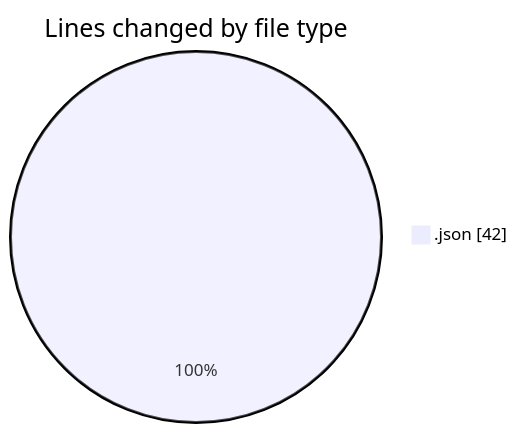
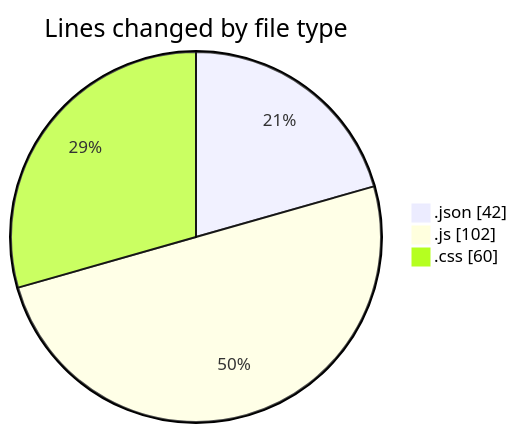
The first of 2 diagrams in 2025-09-16/quytuthien_vn/README.md (lephambinh05/code-tracking), drawn with Mermaid before and after one commit. The commit also changed other lines of this file and 1 other file, not shown here.

````diff
--- a/2025-09-16/quytuthien_vn/README.md
+++ b/2025-09-16/quytuthien_vn/README.md
@@ -20,5 +23,7 @@
 ```mermaid
 pie showData
 title Lines changed by file type
 ".json" : 42
+".js" : 102
+".css" : 60
 ```
````
